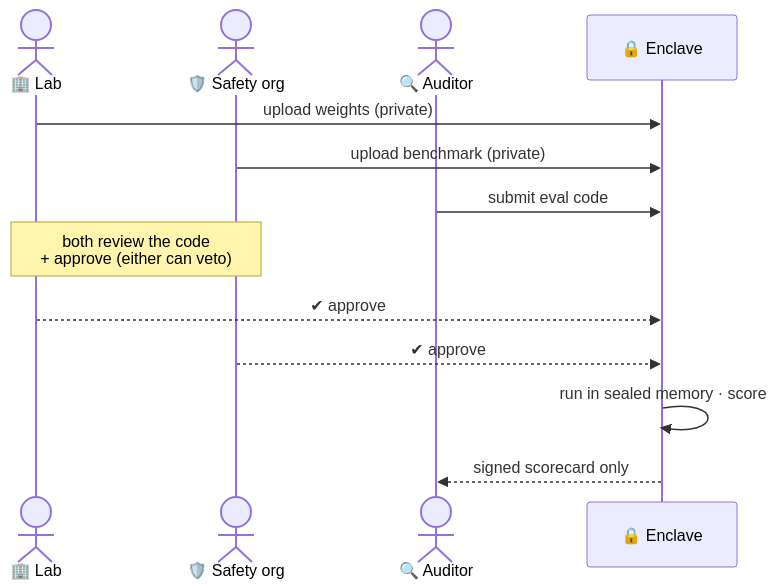
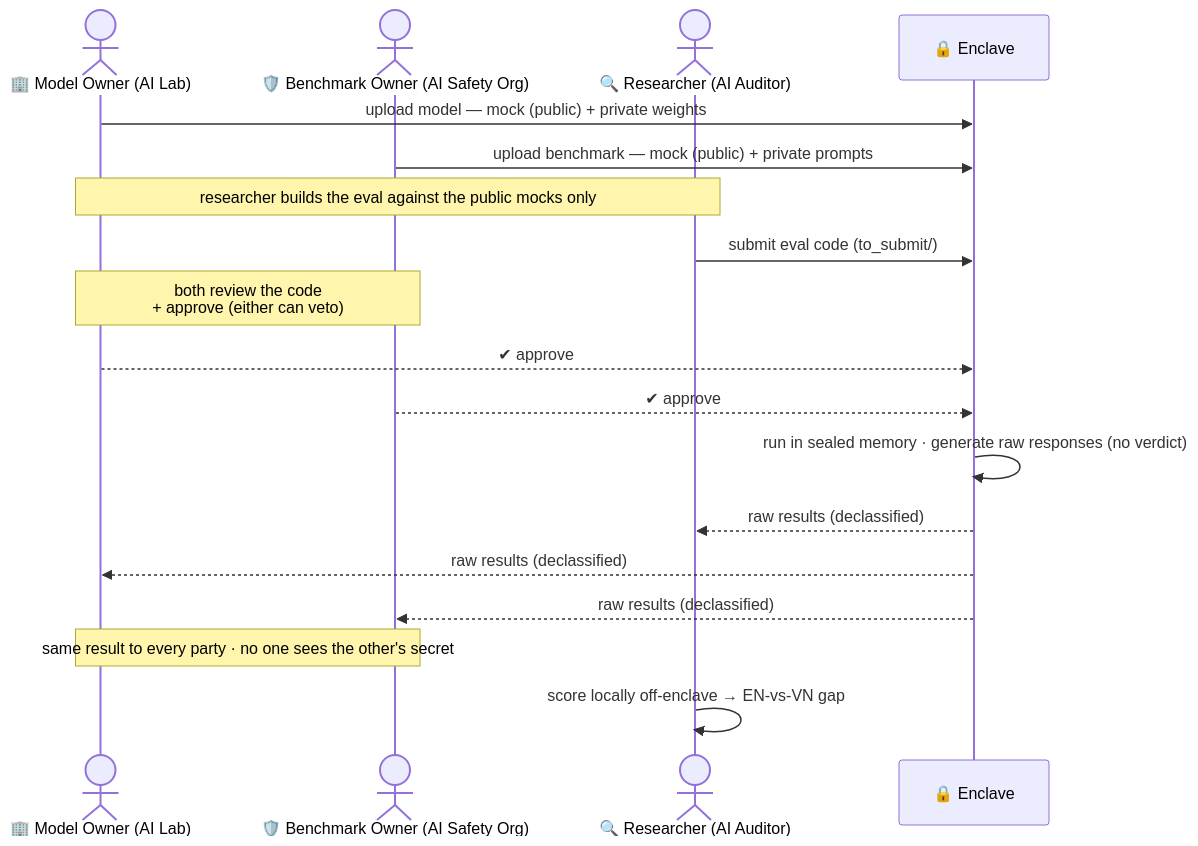
Before and after one commit to khoaguin/blindfold: the fourth of 6 diagrams in README.md, drawn with Mermaid. The commit also changed other lines of this file and 5 other files, not shown here.

Commit message:
update docs and diagrams

````diff
--- a/README.md
+++ b/README.md
@@ -95,15 +94,20 @@
 ```mermaid
 sequenceDiagram
-    actor Lab as 🏢 Lab
-    actor Org as 🛡️ Safety org
-    actor Aud as 🔍 Auditor
+    actor Lab as 🏢 Model Owner (AI Lab)
+    actor Org as 🛡️ Benchmark Owner (AI Safety Org)
+    actor Aud as 🔍 Researcher (AI Auditor)
     participant Enc as 🔒 Enclave
-    Lab->>Enc: upload weights (private)
-    Org->>Enc: upload benchmark (private)
-    Aud->>Enc: submit eval code
+    Lab->>Enc: upload model — mock (public) + private weights
+    Org->>Enc: upload benchmark — mock (public) + private prompts
+    Note over Lab,Aud: researcher builds the eval against the public mocks only
+    Aud->>Enc: submit eval code (to_submit/)
     Note over Lab,Org: both review the code<br/>+ approve (either can veto)
     Lab-->>Enc: ✔ approve
     Org-->>Enc: ✔ approve
-    Enc->>Enc: run in sealed memory · score
-    Enc-->>Aud: signed scorecard only
+    Enc->>Enc: run in sealed memory · generate raw responses (no verdict)
+    Enc-->>Aud: raw results (declassified)
+    Enc-->>Lab: raw results (declassified)
+    Enc-->>Org: raw results (declassified)
+    Note over Lab,Org: same result to every party · no one sees the other's secret
+    Aud->>Aud: score locally off-enclave → EN-vs-VN gap
 ```
````
